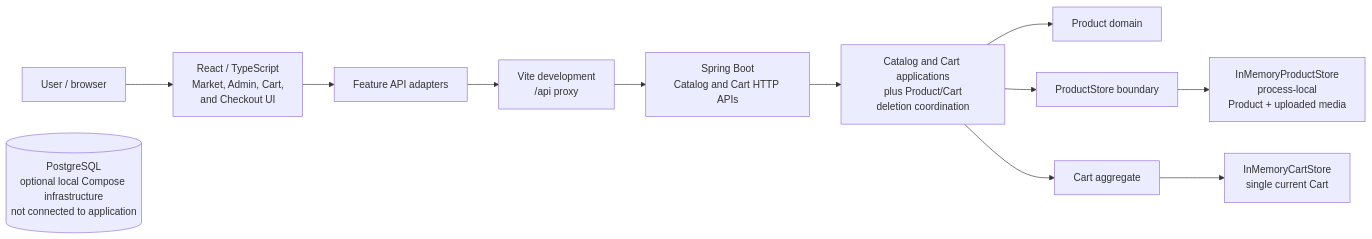
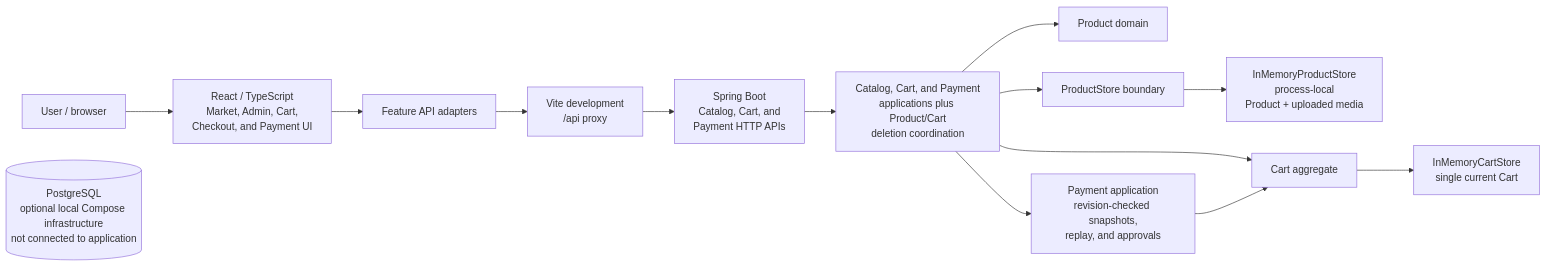
One commit to Samska/samska-sandbox changed the first of 2 diagrams in README.md. Above: the diagram before and after it, drawn with Mermaid. The commit also changed other lines of this file and 58 other files, not shown here.

````diff
--- a/README.md
+++ b/README.md
@@ -55,15 +57,17 @@
 ```mermaid
 flowchart LR
-    User[User / browser] --> UI[React / TypeScript<br/>Market, Admin, Cart,<br/>and Checkout UI]
+    User[User / browser] --> UI[React / TypeScript<br/>Market, Admin, Cart,<br/>Checkout, and Payment UI]
     UI --> Adapter[Feature API adapters]
     Adapter --> Proxy[Vite development<br/>/api proxy]
-    Proxy --> HTTP[Spring Boot<br/>Catalog and Cart HTTP APIs]
-    HTTP --> App[Catalog and Cart applications<br/>plus Product/Cart<br/>deletion coordination]
+    Proxy --> HTTP[Spring Boot<br/>Catalog, Cart, and<br/>Payment HTTP APIs]
+    HTTP --> App[Catalog, Cart, and Payment<br/>applications plus Product/Cart<br/>deletion coordination]
     App --> Domain[Product domain]
     App --> Store[ProductStore boundary]
     Store --> Memory[InMemoryProductStore<br/>process-local<br/>Product + uploaded media]
     App --> Cart[Cart aggregate]
     Cart --> CartMemory[InMemoryCartStore<br/>single current Cart]
+    App --> Payment[Payment application<br/>revision-checked snapshots,<br/>replay, and approvals]
+    Payment --> Cart
 
     Postgres[(PostgreSQL<br/>optional local Compose infrastructure<br/>not connected to application)]
 ```
````
